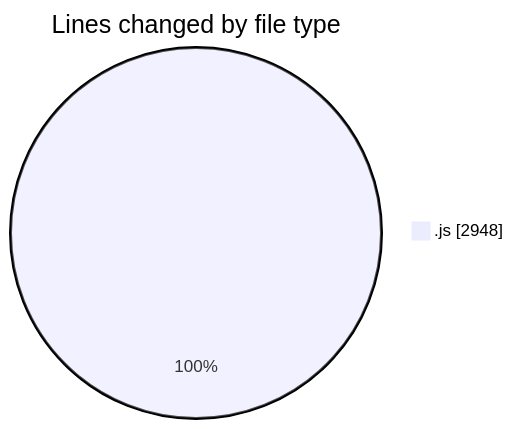
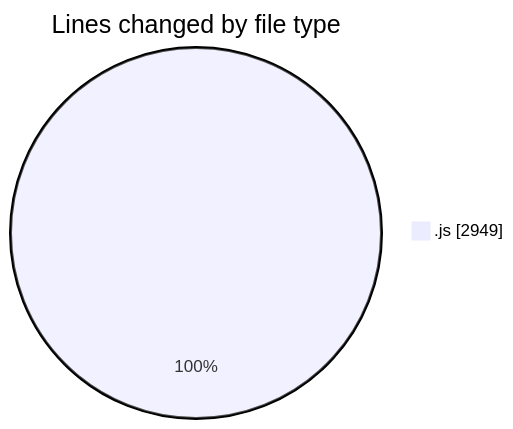
The first of 2 diagrams in 2025-09-08/cashcalculator/README.md (nxtqubesakshisongat/code-tracking), drawn with Mermaid before and after one commit. The commit also changed other lines of this file and 1 other file, not shown here.

````diff
--- a/2025-09-08/cashcalculator/README.md
+++ b/2025-09-08/cashcalculator/README.md
@@ -20,5 +20,5 @@
 ```mermaid
 pie showData
 title Lines changed by file type
-".js" : 2948
+".js" : 2949
 ```
````
